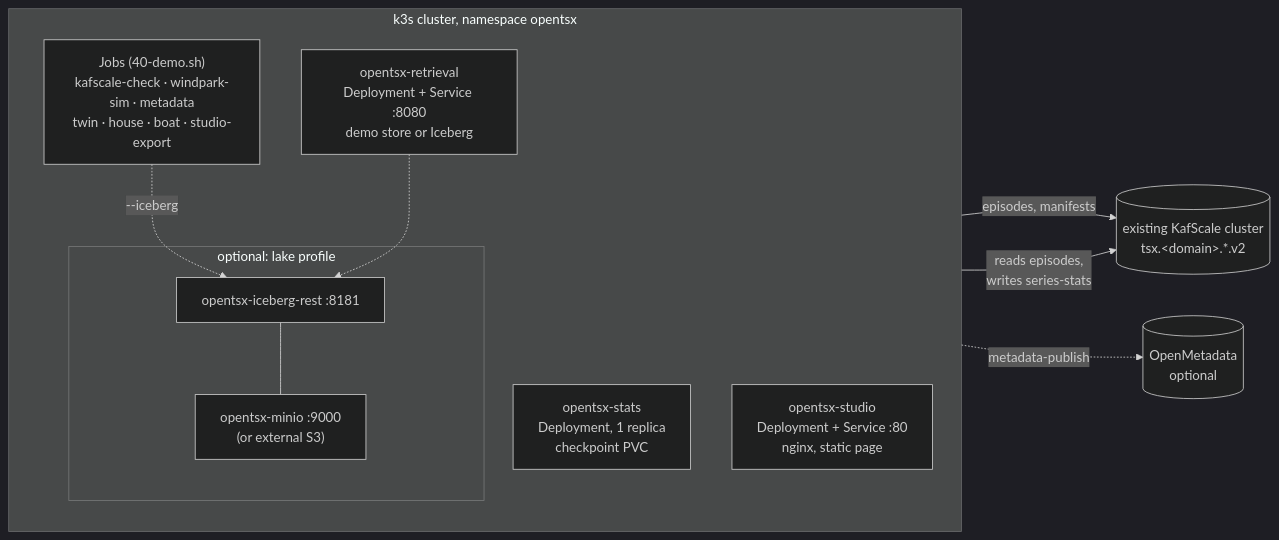
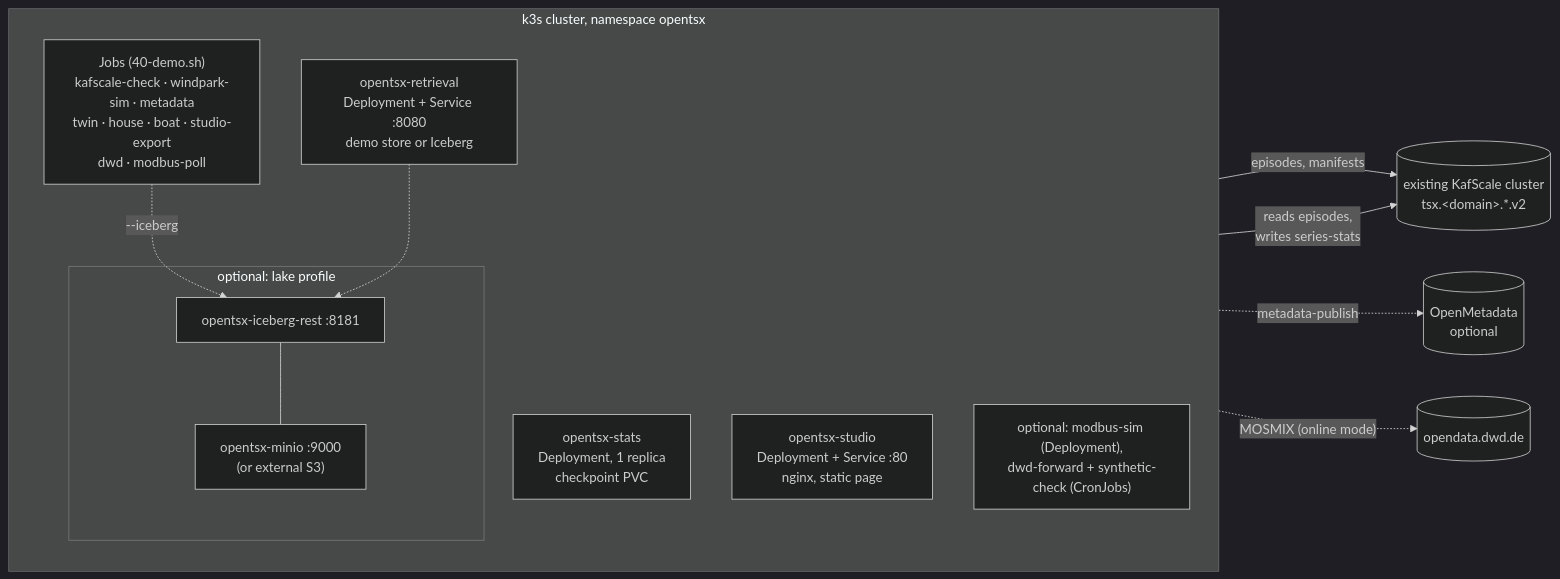
The diagram in docs/devops/README.md (kamir/OpenTSx), drawn with Mermaid (dark theme) before and after one commit. The commit also changed other lines of this file and 34 other files, not shown here.

````diff
--- a/docs/devops/README.md
+++ b/docs/devops/README.md
@@ -27,22 +35,25 @@
 ```mermaid
 flowchart LR
   subgraph K3S["k3s cluster, namespace opentsx"]
     direction TB
     STATS["opentsx-stats<br/>Deployment, 1 replica<br/>checkpoint PVC"]
     RET["opentsx-retrieval<br/>Deployment + Service :8080<br/>demo store or Iceberg"]
     STU["opentsx-studio<br/>Deployment + Service :80<br/>nginx, static page"]
-    JOBS["Jobs (40-demo.sh)<br/>kafscale-check · windpark-sim · metadata<br/>twin · house · boat · studio-export"]
+    JOBS["Jobs (40-demo.sh)<br/>kafscale-check · windpark-sim · metadata<br/>twin · house · boat · studio-export<br/>dwd · modbus-poll"]
+    OPT["optional: modbus-sim (Deployment),<br/>dwd-forward + synthetic-check (CronJobs)"]
     subgraph LAKE["optional: lake profile"]
       IR["opentsx-iceberg-rest :8181"]
       MINIO["opentsx-minio :9000<br/>(or external S3)"]
     end
   end
   KS[("existing KafScale cluster<br/>tsx.&lt;domain&gt;.*.v2")]
   OM[("OpenMetadata<br/>optional")]
   JOBS -- "episodes, manifests" --> KS
   STATS -- "reads episodes,<br/>writes series-stats" --> KS
   JOBS -. "--iceberg" .-> IR
   RET -.-> IR
   IR --- MINIO
   JOBS -. "metadata-publish" .-> OM
+  DWD[("opendata.dwd.de")]
+  OPT -. "MOSMIX (online mode)" .-> DWD
 ```
````
